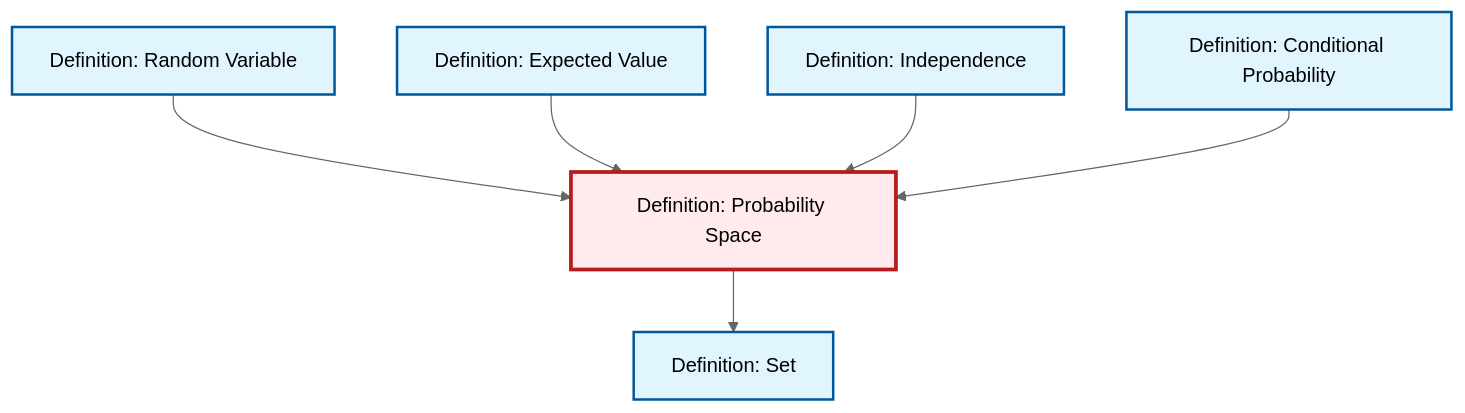
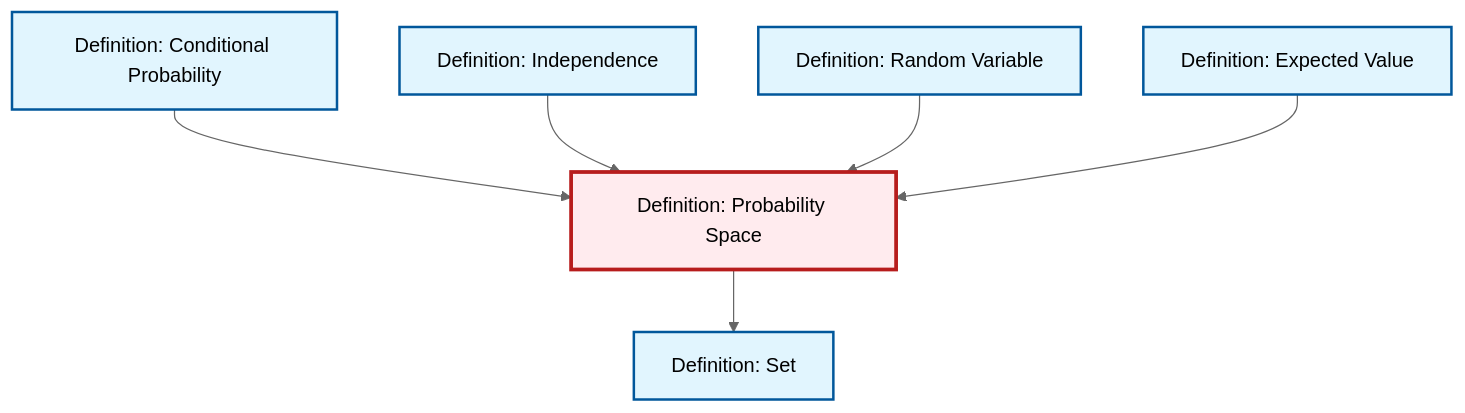
One commit to RK0429/ModernMath changed the diagram in content/en/probability-statistics/def-probability-space.qmd. Above: the diagram before and after it, drawn with Mermaid (neutral theme). The commit also changed other lines of this file and 581 other files, not shown here.

````diff
--- a/content/en/probability-statistics/def-probability-space.qmd
+++ b/content/en/probability-statistics/def-probability-space.qmd
@@ -46,26 +46,26 @@
 ```{mermaid}
 %%| fig-cap: "Local dependency graph"
 graph TD
     classDef definition fill:#e1f5fe,stroke:#01579b,stroke-width:2px
     classDef theorem fill:#f3e5f5,stroke:#4a148c,stroke-width:2px
     classDef axiom fill:#fff3e0,stroke:#e65100,stroke-width:2px
     classDef example fill:#e8f5e9,stroke:#1b5e20,stroke-width:2px
     classDef current fill:#ffebee,stroke:#b71c1c,stroke-width:3px
+    def-probability-space["Definition: Probability Space"]:::definition
+    def-independence["Definition: Independence"]:::definition
+    def-expectation["Definition: Expected Value"]:::definition
     def-random-variable["Definition: Random Variable"]:::definition
-    def-probability-space["Definition: Probability Space"]:::definition
     def-conditional-probability["Definition: Conditional Probability"]:::definition
     def-set["Definition: Set"]:::definition
-    def-independence["Definition: Independence"]:::definition
-    def-expectation["Definition: Expected Value"]:::definition
+    def-conditional-probability --> def-probability-space
+    def-independence --> def-probability-space
     def-probability-space --> def-set
     def-random-variable --> def-probability-space
     def-expectation --> def-probability-space
-    def-independence --> def-probability-space
-    def-conditional-probability --> def-probability-space
     class def-probability-space current
+    click def-independence "def-independence.html" "Go to Independence definition"
+    click def-expectation "def-expectation.html" "Go to Expected Value definition"
     click def-random-variable "def-random-variable.html" "Go to Random Variable definition"
     click def-conditional-probability "def-conditional-probability.html" "Go to Conditional Probability definition"
     click def-set "def-set.html" "Go to Set definition"
-    click def-independence "def-independence.html" "Go to Independence definition"
-    click def-expectation "def-expectation.html" "Go to Expected Value definition"
 ```
````
